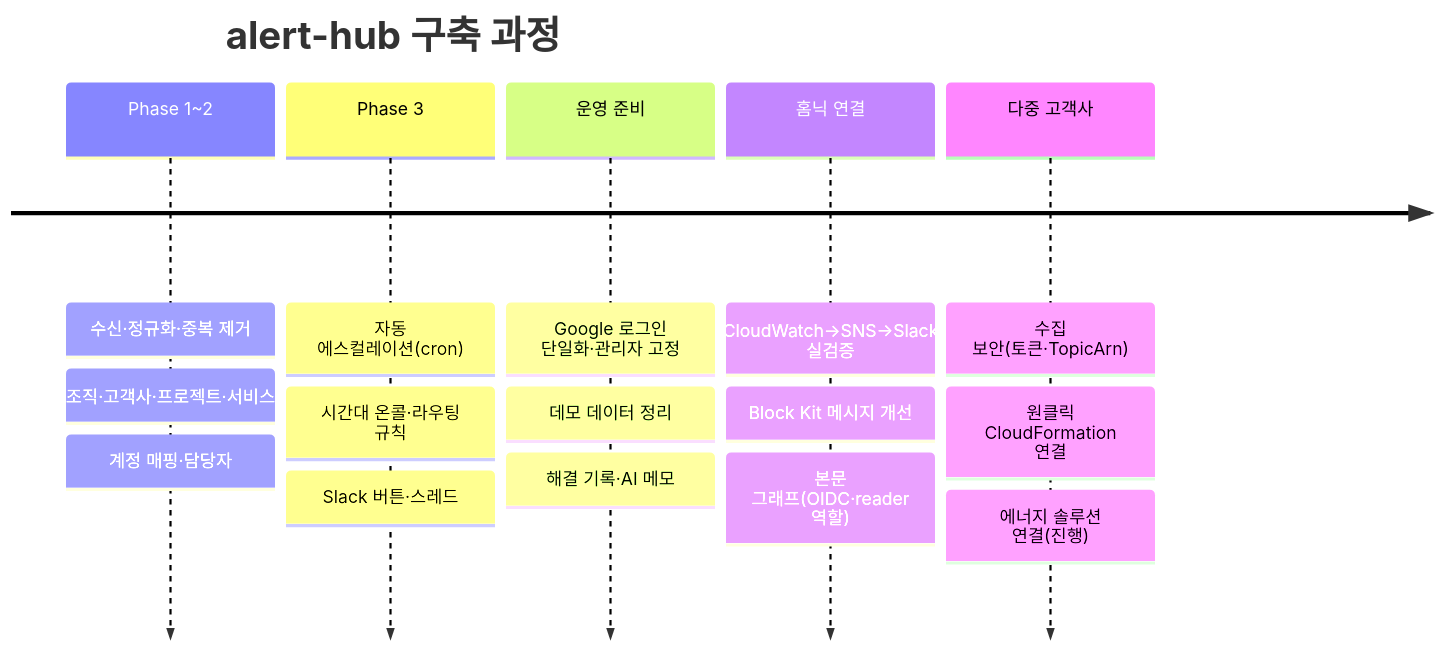
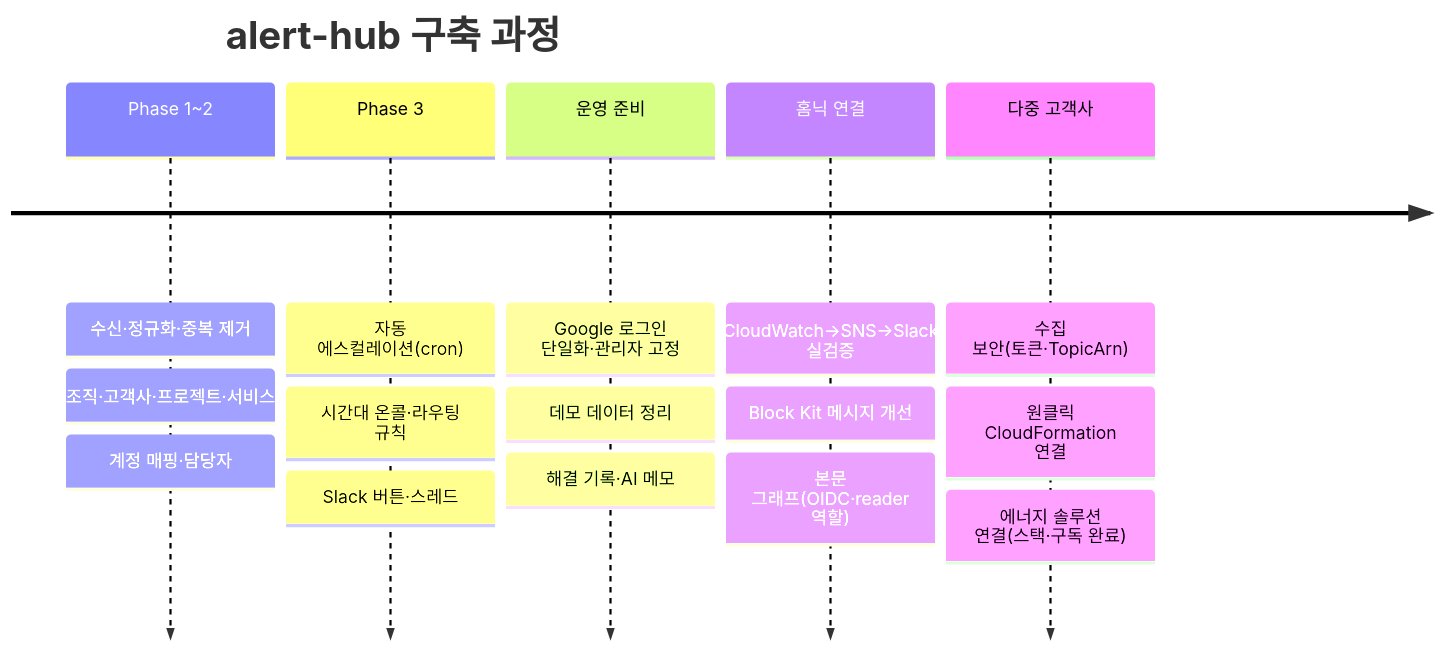
Before and after one commit to hkjs96/alert-hub: the fifth of 5 diagrams in docs/aws-connect-guide.md, drawn with Mermaid. The commit also changed other lines of this file, not shown here.

First line of the commit message:
docs: 실제 연결 절차(①②③·새 주제·경보 추가)와 에너지 솔루션 진행 기록

````diff
--- a/docs/aws-connect-guide.md
+++ b/docs/aws-connect-guide.md
@@ -184,9 +201,9 @@
 ```mermaid
 timeline
   title alert-hub 구축 과정
   Phase 1~2 : 수신·정규화·중복 제거 : 조직·고객사·프로젝트·서비스 : 계정 매핑·담당자
   Phase 3 : 자동 에스컬레이션(cron) : 시간대 온콜·라우팅 규칙 : Slack 버튼·스레드
   운영 준비 : Google 로그인 단일화·관리자 고정 : 데모 데이터 정리 : 해결 기록·AI 메모
   홈닉 연결 : CloudWatch→SNS→Slack 실검증 : Block Kit 메시지 개선 : 본문 그래프(OIDC·reader 역할)
-  다중 고객사 : 수집 보안(토큰·TopicArn) : 원클릭 CloudFormation 연결 : 에너지 솔루션 연결(진행)
+  다중 고객사 : 수집 보안(토큰·TopicArn) : 원클릭 CloudFormation 연결 : 에너지 솔루션 연결(스택·구독 완료)
 ```
````
